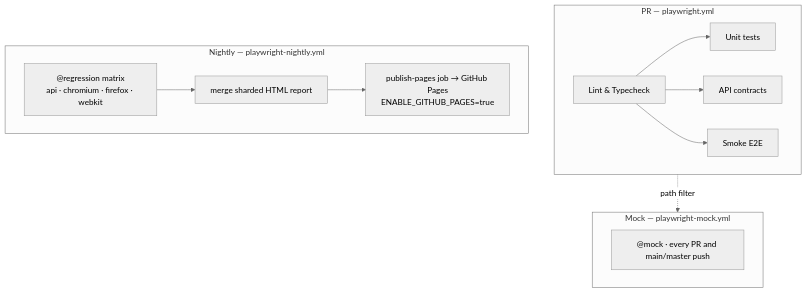
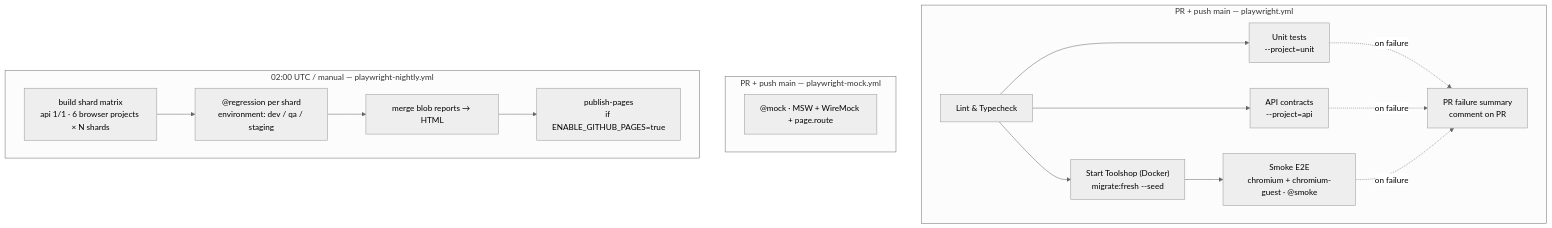
One commit to hemantjanrao/playwright-learning changed the second of 2 diagrams in README.md. Above: the diagram before and after it, drawn with Mermaid (neutral theme). The commit also changed other lines of this file, not shown here.

````diff
--- a/README.md
+++ b/README.md
@@ -108,25 +138,29 @@
 ```mermaid
 flowchart TB
-    subgraph PR["PR — playwright.yml"]
+    subgraph PR["PR + push main — playwright.yml"]
         Q["Lint & Typecheck"]
-        U["Unit tests"]
-        A["API contracts"]
-        S["Smoke E2E"]
+        U["Unit tests<br/>--project=unit"]
+        A["API contracts<br/>--project=api"]
+        DK["Start Toolshop (Docker)<br/>migrate:fresh --seed"]
+        S["Smoke E2E<br/>chromium + chromium-guest · @smoke"]
+        F["PR failure summary<br/>comment on PR"]
         Q --> U
         Q --> A
-        Q --> S
+        Q --> DK --> S
+        U -.->|on failure| F
+        A -.->|on failure| F
+        S -.->|on failure| F
     end
 
-    subgraph NIGHTLY["Nightly — playwright-nightly.yml"]
-        M["@regression matrix<br/>api · chromium · firefox · webkit"]
-        MERGE["merge sharded HTML report"]
-        PUB["publish-pages job → GitHub Pages<br/>ENABLE_GITHUB_PAGES=true"]
-        M --> MERGE --> PUB
+    subgraph MOCK["PR + push main — playwright-mock.yml"]
+        MK["@mock · MSW + WireMock + page.route"]
     end
 
-    subgraph MOCK["Mock — playwright-mock.yml"]
-        MK["@mock · every PR and main/master push"]
+    subgraph NIGHTLY["02:00 UTC / manual — playwright-nightly.yml"]
+        MX["build shard matrix<br/>api 1/1 · 6 browser projects × N shards"]
+        M["@regression per shard<br/>environment: dev / qa / staging"]
+        MERGE["merge blob reports → HTML"]
+        PUB["publish-pages<br/>if ENABLE_GITHUB_PAGES=true"]
+        MX --> M --> MERGE --> PUB
     end
-
-    PR -.->|path filter| MOCK
 ```
````
